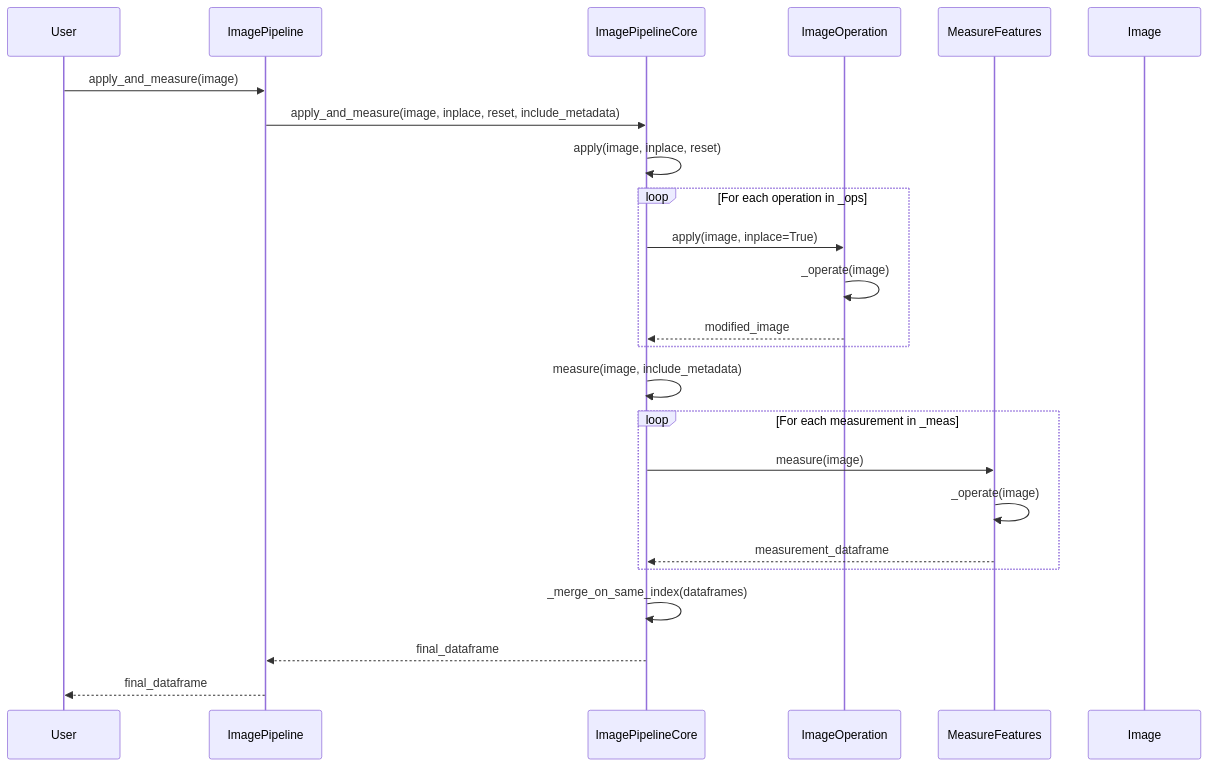
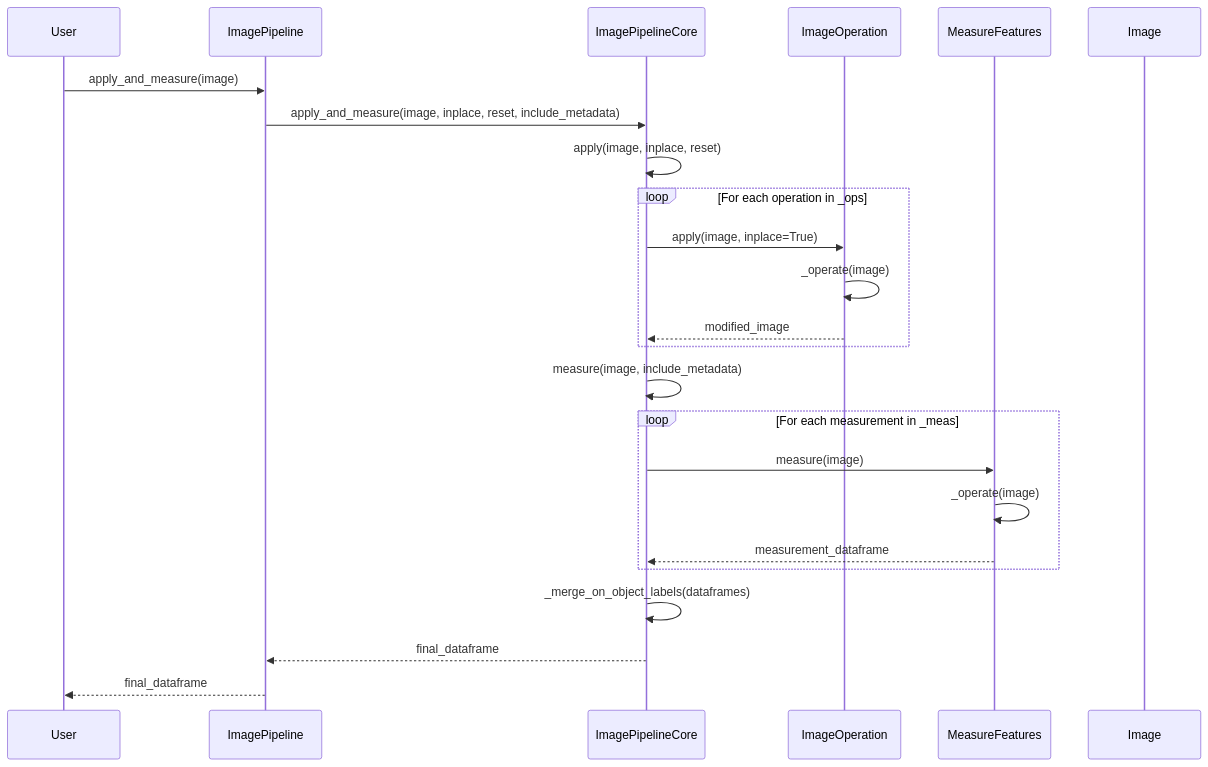
One commit to exfab/PhenoTypic changed the second of 4 diagrams in docs/design_outlines/image_pipeline_diagrams.md. Above: the diagram before and after it, drawn with Mermaid. The commit also changed 46 other files, not shown here.

````diff
--- a/docs/design_outlines/image_pipeline_diagrams.md
+++ b/docs/design_outlines/image_pipeline_diagrams.md
@@ -181,31 +181,31 @@
 ```mermaid
 sequenceDiagram
     participant User
     participant ImagePipeline
     participant ImagePipelineCore
     participant ImageOperation
     participant MeasureFeatures
     participant Image
 
     User->>ImagePipeline: apply_and_measure(image)
     ImagePipeline->>ImagePipelineCore: apply_and_measure(image, inplace, reset, include_metadata)
     ImagePipelineCore->>ImagePipelineCore: apply(image, inplace, reset)
 
     loop For each operation in _ops
         ImagePipelineCore->>ImageOperation: apply(image, inplace=True)
         ImageOperation->>ImageOperation: _operate(image)
         ImageOperation-->>ImagePipelineCore: modified_image
     end
 
     ImagePipelineCore->>ImagePipelineCore: measure(image, include_metadata)
 
     loop For each measurement in _meas
         ImagePipelineCore->>MeasureFeatures: measure(image)
         MeasureFeatures->>MeasureFeatures: _operate(image)
         MeasureFeatures-->>ImagePipelineCore: measurement_dataframe
     end
 
-    ImagePipelineCore->>ImagePipelineCore: _merge_on_same_index(dataframes)
+    ImagePipelineCore->>ImagePipelineCore: _merge_on_object_labels(dataframes)
     ImagePipelineCore-->>ImagePipeline: final_dataframe
     ImagePipeline-->>User: final_dataframe
 ```
````
